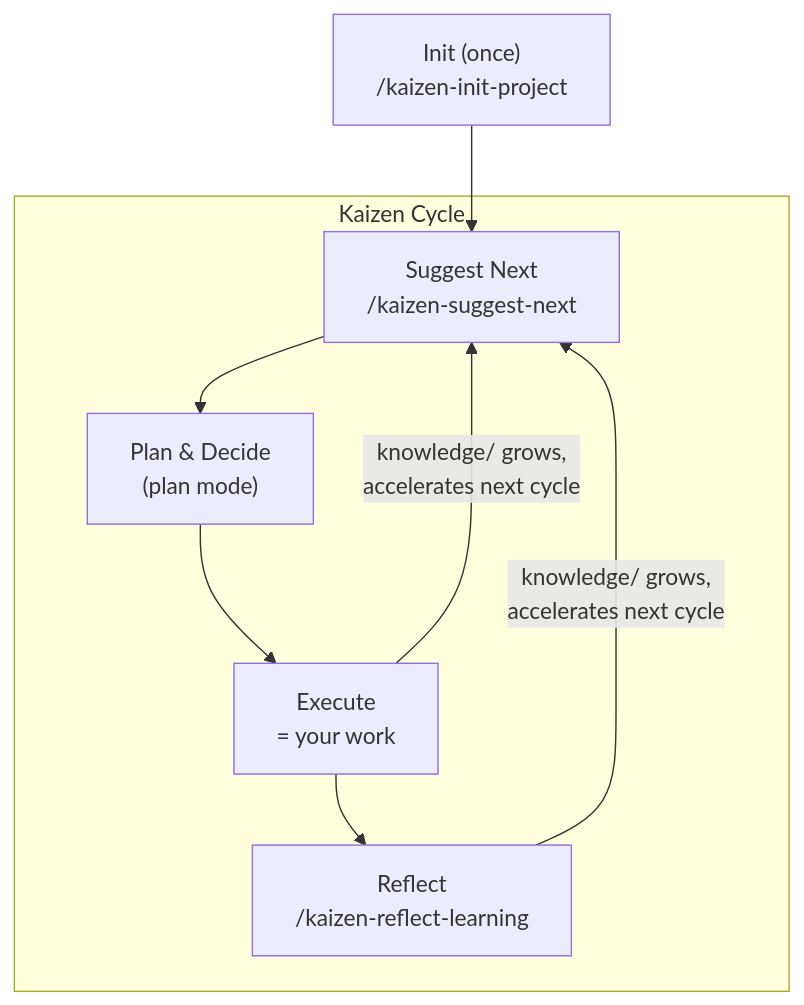
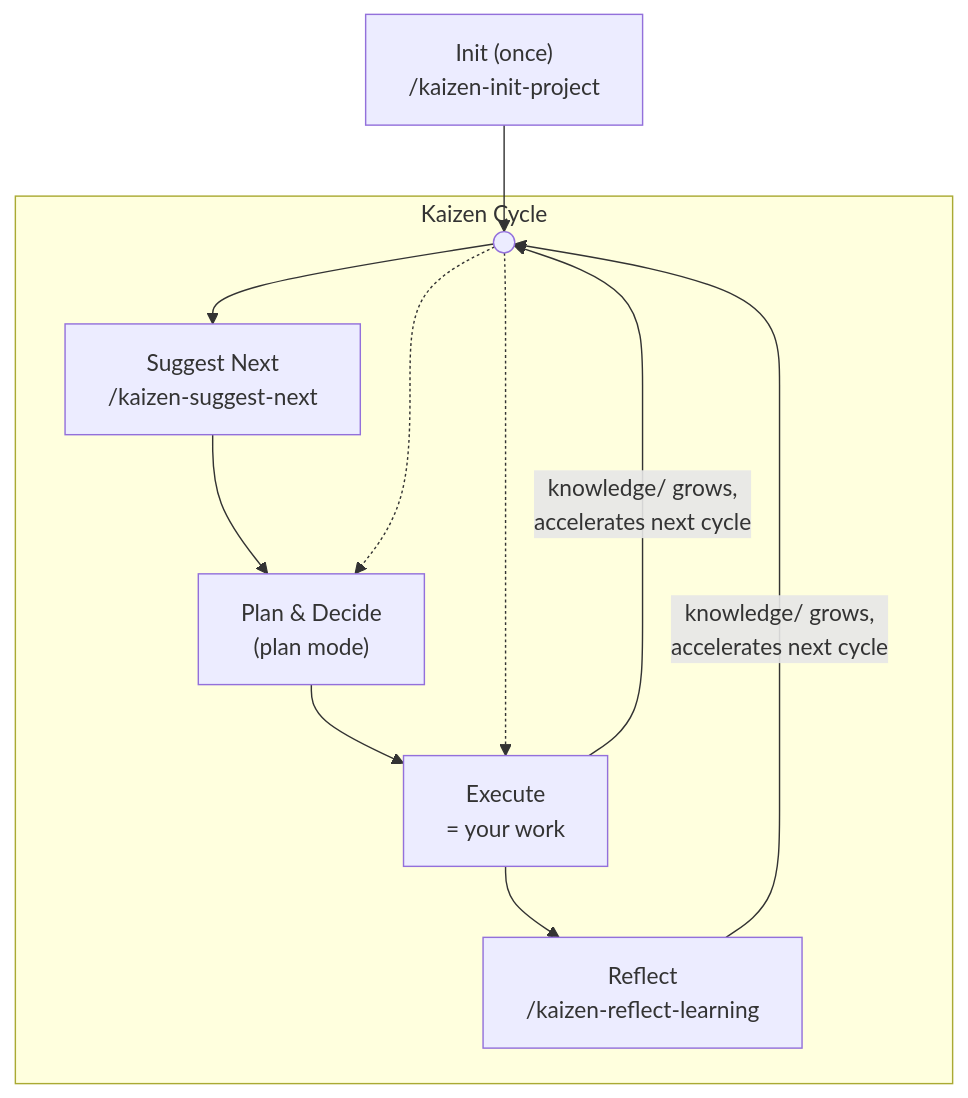
Before and after one commit to tomfook/kaizen-cli: the diagram in docs/CONCEPT.md, drawn with Mermaid. The commit also changed 1 other file, not shown here.

Commit message:
fix: add junction node so cycle can start at any step
Replace direct feedback to Suggest with a junction node (●).
Three paths from junction: solid → Suggest, dotted → Plan,
dotted → Execute. Feedback from Execute/Reflect goes to the
junction, not Suggest, making it clear that Suggest is optional.

https://claude.ai/code/session_011ENnixXZ7xcQcWQSnBuWA9

````diff
--- a/docs/CONCEPT.md
+++ b/docs/CONCEPT.md
@@ -45,18 +45,19 @@
 ```mermaid
 graph TD
-    Init["Init (once)<br>/kaizen-init-project"] --> Suggest
+    Init["Init (once)<br>/kaizen-init-project"] --> Start
 
     subgraph Cycle [" Kaizen Cycle "]
+        Start((" "))
         Suggest["Suggest Next<br>/kaizen-suggest-next"]
         Plan["Plan & Decide<br>(plan mode)"]
         Execute["Execute<br>= your work"]
         Reflect["Reflect<br>/kaizen-reflect-learning"]
 
-        Suggest --> Plan
-        Plan --> Execute
-        Execute --> Reflect
+        Start --> Suggest --> Plan --> Execute --> Reflect
+        Start -.-> Plan
+        Start -.-> Execute
     end
 
-    Execute -->|"knowledge/ grows,<br>accelerates next cycle"| Suggest
-    Reflect -->|"knowledge/ grows,<br>accelerates next cycle"| Suggest
+    Execute -->|"knowledge/ grows,<br>accelerates next cycle"| Start
+    Reflect -->|"knowledge/ grows,<br>accelerates next cycle"| Start
 ```
````
